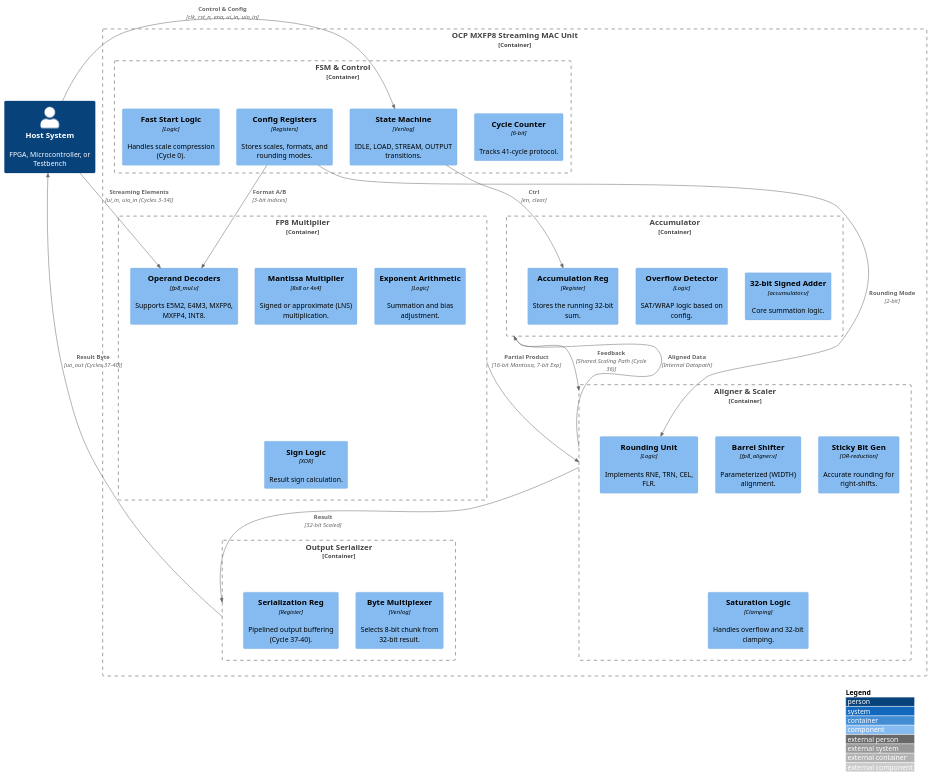
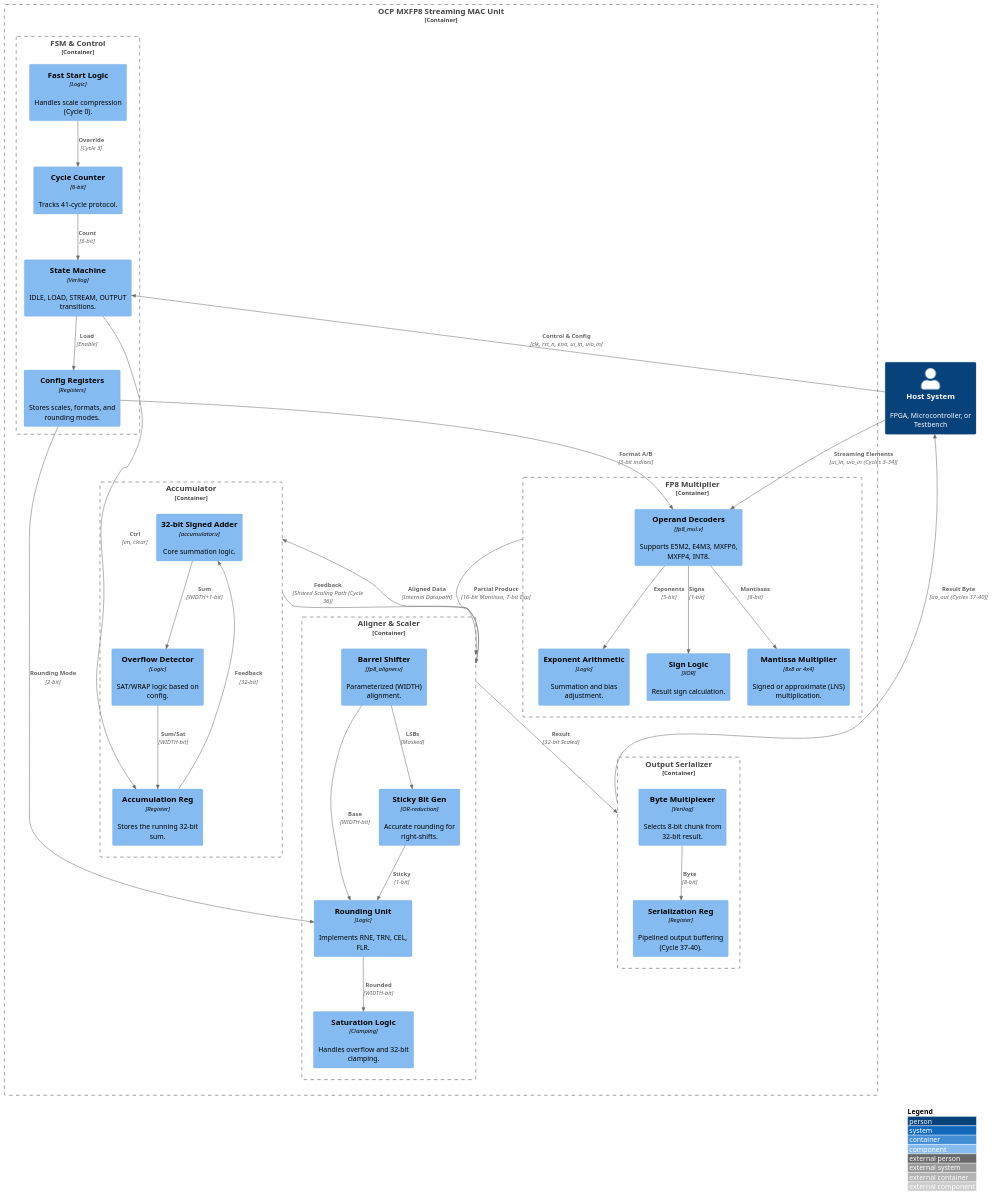
The diagram in documentation/CONTEXT_DIAGRAM.PUML (chatelao/ttihp-fp8-mul), drawn with PlantUML before and after one commit.

Commit message:
doc: add internal data flow arrows to CONTEXT_DIAGRAM.PUML
Updated the PlantUML architecture diagram to include internal data and
control flow relationships (Rel) within each submodule boundary.
This provides better visibility into the component interactions
within the FSM, Multiplier, Aligner, Accumulator, and Serializer blocks.
Verified by running the full cocotb test suite.

```diff
--- a/documentation/CONTEXT_DIAGRAM.PUML
+++ b/documentation/CONTEXT_DIAGRAM.PUML
@@ -1,56 +1,75 @@
 @startuml CONTEXT_DIAGRAM
 !include https://raw.githubusercontent.com/plantuml-stdlib/C4-PlantUML/master/C4_Component.puml
 
 LAYOUT_WITH_LEGEND()
 
 Person(host, "Host System", "FPGA, Microcontroller, or Testbench")
 
 Container_Boundary(mac_unit, "OCP MXFP8 Streaming MAC Unit") {
 
     Container_Boundary(fsm_block, "FSM & Control") {
         Component(counter, "Cycle Counter", "6-bit", "Tracks 41-cycle protocol.")
         Component(fsm_logic, "State Machine", "Verilog", "IDLE, LOAD, STREAM, OUTPUT transitions.")
         Component(config_regs, "Config Registers", "Registers", "Stores scales, formats, and rounding modes.")
         Component(fast_start, "Fast Start Logic", "Logic", "Handles scale compression (Cycle 0).")
+
+        Rel(fast_start, counter, "Override", "Cycle 3")
+        Rel(counter, fsm_logic, "Count", "6-bit")
+        Rel(fsm_logic, config_regs, "Load", "Enable")
     }
 
     Container_Boundary(mul_block, "FP8 Multiplier") {
         Component(decoders, "Operand Decoders", "fp8_mul.v", "Supports E5M2, E4M3, MXFP6, MXFP4, INT8.")
         Component(m_mul, "Mantissa Multiplier", "8x8 or 4x4", "Signed or approximate (LNS) multiplication.")
         Component(exp_arith, "Exponent Arithmetic", "Logic", "Summation and bias adjustment.")
         Component(sign_logic, "Sign Logic", "XOR", "Result sign calculation.")
+
+        Rel(decoders, m_mul, "Mantissas", "8-bit")
+        Rel(decoders, exp_arith, "Exponents", "5-bit")
+        Rel(decoders, sign_logic, "Signs", "1-bit")
     }
 
     Container_Boundary(align_block, "Aligner & Scaler") {
         Component(shifter, "Barrel Shifter", "fp8_aligner.v", "Parameterized (WIDTH) alignment.")
         Component(round_unit, "Rounding Unit", "Logic", "Implements RNE, TRN, CEL, FLR.")
         Component(sticky_gen, "Sticky Bit Gen", "OR-reduction", "Accurate rounding for right-shifts.")
         Component(sat_logic, "Saturation Logic", "Clamping", "Handles overflow and 32-bit clamping.")
+
+        Rel(shifter, sticky_gen, "LSBs", "Masked")
+        Rel(shifter, round_unit, "Base", "WIDTH-bit")
+        Rel(sticky_gen, round_unit, "Sticky", "1-bit")
+        Rel(round_unit, sat_logic, "Rounded", "WIDTH-bit")
     }
 
     Container_Boundary(acc_block, "Accumulator") {
         Component(adder, "32-bit Signed Adder", "accumulator.v", "Core summation logic.")
         Component(ovf_det, "Overflow Detector", "Logic", "SAT/WRAP logic based on config.")
         Component(acc_reg, "Accumulation Reg", "Register", "Stores the running 32-bit sum.")
+
+        Rel(adder, ovf_det, "Sum", "WIDTH+1-bit")
+        Rel(ovf_det, acc_reg, "Sum/Sat", "WIDTH-bit")
+        Rel(acc_reg, adder, "Feedback", "32-bit")
     }
 
     Container_Boundary(serial_block, "Output Serializer") {
         Component(byte_mux, "Byte Multiplexer", "Verilog", "Selects 8-bit chunk from 32-bit result.")
         Component(serial_reg, "Serialization Reg", "Register", "Pipelined output buffering (Cycle 37-40).")
+
+        Rel(byte_mux, serial_reg, "Byte", "8-bit")
     }
 }
 
 Rel(host, fsm_logic, "Control & Config", "clk, rst_n, ena, ui_in, uio_in")
 Rel(host, decoders, "Streaming Elements", "ui_in, uio_in (Cycles 3-34)")
 
 Rel(config_regs, decoders, "Format A/B", "3-bit indices")
 Rel(config_regs, round_unit, "Rounding Mode", "2-bit")
 Rel(fsm_logic, acc_reg, "Ctrl", "en, clear")
 
 Rel(mul_block, align_block, "Partial Product", "16-bit Mantissa, 7-bit Exp")
 Rel(align_block, acc_block, "Aligned Data", "Internal Datapath")
 Rel(acc_block, align_block, "Feedback", "Shared Scaling Path (Cycle 36)")
 Rel(align_block, serial_block, "Result", "32-bit Scaled")
 Rel(serial_block, host, "Result Byte", "uo_out (Cycles 37-40)")
 
 @enduml
```
